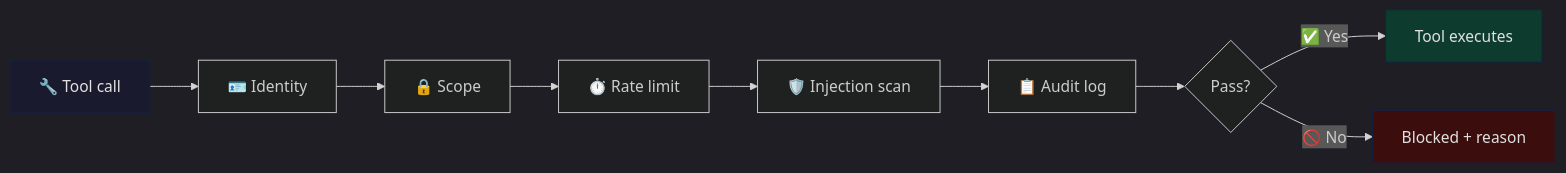
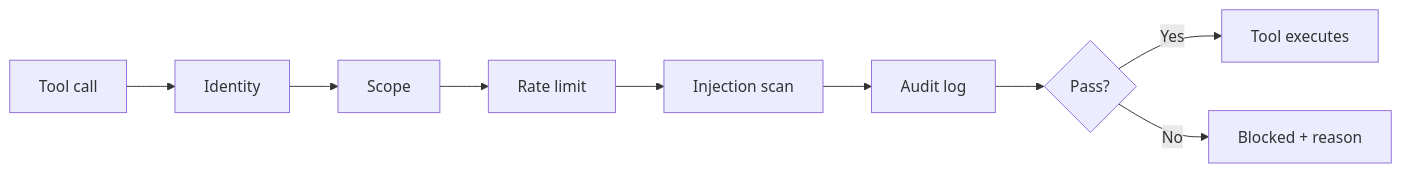
Before and after one commit to davidcrowe/openclaw-gatewaystack-governance: the diagram in README.md, drawn with Mermaid. The commit also changed other lines of this file and 1 other file, not shown here.

Commit message:
Fix Mermaid chart rendering, add TOC, clarify install path, add audit sample
- Drop dark theme and emojis from Mermaid flowchart so it renders cleanly
  on GitHub light mode without overflow
- Add table of contents after the OpenClaw explainer
- Clarify that openclaw plugins install copies policy.json into the plugin
  directory, and edits should target the installed copy
- Add inline audit log JSON sample to getting-started.md so readers can see
  the format without running anything

````diff
--- a/README.md
+++ b/README.md
@@ -38,16 +40,11 @@
 ```mermaid
-%%{init: {'theme': 'dark'}}%%
 flowchart LR
-    A["🔧 Tool call"] --> B["🪪 Identity"]
-    B --> C["🔒 Scope"]
-    C --> D["⏱️ Rate limit"]
-    D --> E["🛡️ Injection scan"]
-    E --> F["📋 Audit log"]
-    F --> G{"Pass?"}
-    G -- "✅ Yes" --> H["Tool executes"]
-    G -- "🚫 No" --> I["Blocked + reason"]
-
-    style A fill:#1a1a2e,stroke:#16213e,color:#e0e0e0
-    style H fill:#0d3b2e,stroke:#16213e,color:#e0e0e0
-    style I fill:#3b0d0d,stroke:#16213e,color:#e0e0e0
+    A[Tool call] --> B[Identity]
+    B --> C[Scope]
+    C --> D[Rate limit]
+    D --> E[Injection scan]
+    E --> F[Audit log]
+    F --> G{Pass?}
+    G -- Yes --> H[Tool executes]
+    G -- No --> I[Blocked + reason]
 ```
````
